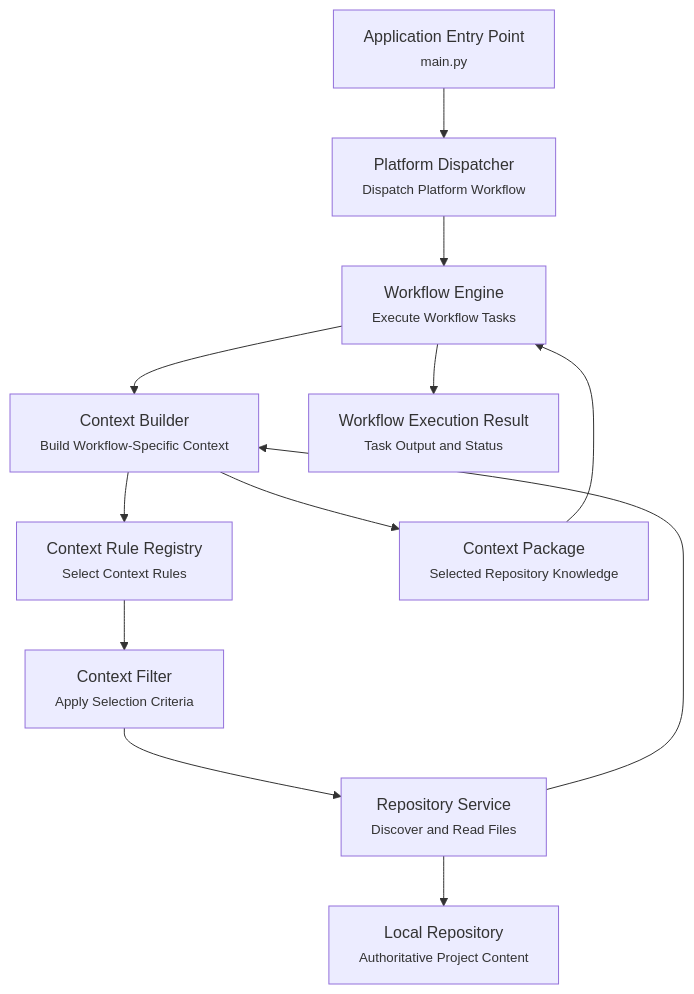
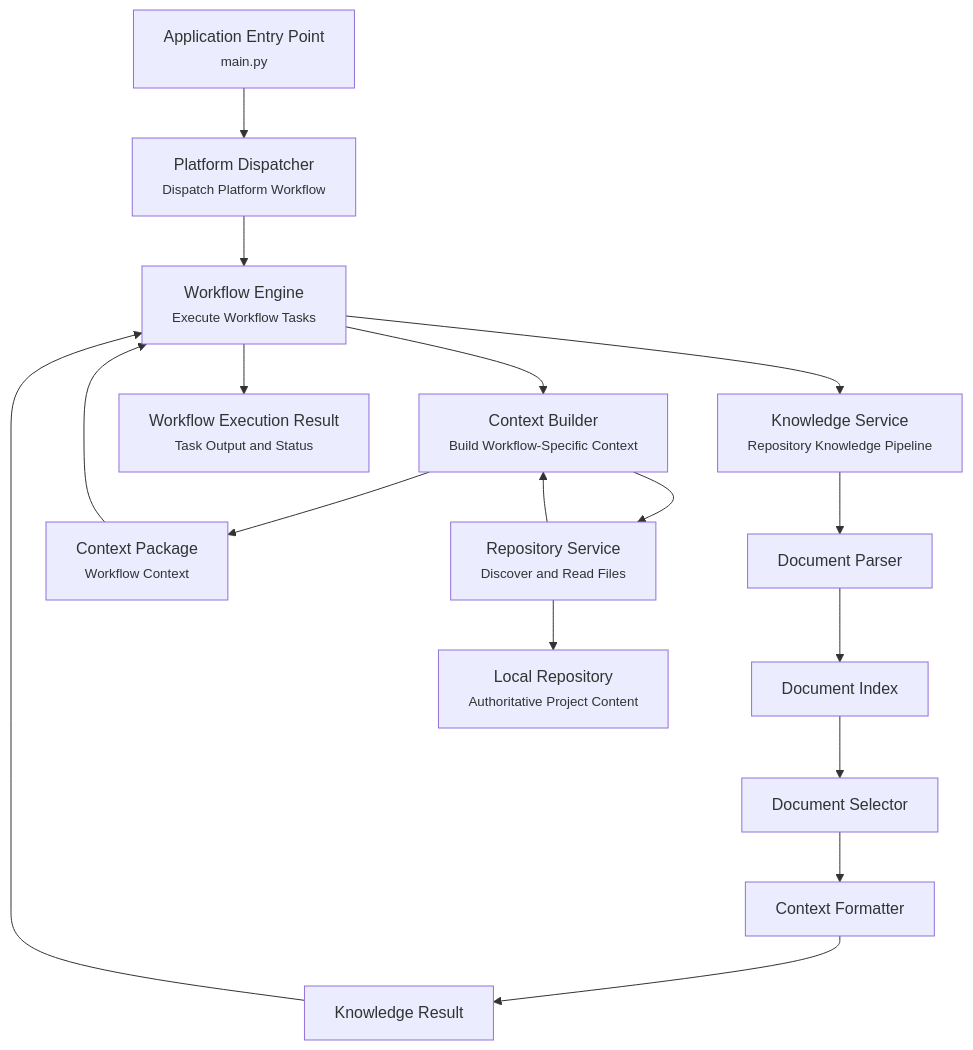
One commit to pgailinas/project0 changed the diagram in docs/Documentation_Agent_Architecture.md. Above: the diagram before and after it, drawn with Mermaid. The commit also changed other lines of this file and 18 other files, not shown here.

````diff
--- a/docs/Documentation_Agent_Architecture.md
+++ b/docs/Documentation_Agent_Architecture.md
@@ -43,25 +42,41 @@
 ```mermaid
 flowchart TD
     A["Application Entry Point<br/><small>main.py</small>"]
     B["Platform Dispatcher<br/><small>Dispatch Platform Workflow</small>"]
     C["Workflow Engine<br/><small>Execute Workflow Tasks</small>"]
+
     D["Context Builder<br/><small>Build Workflow-Specific Context</small>"]
-    E["Context Rule Registry<br/><small>Select Context Rules</small>"]
-    F["Context Filter<br/><small>Apply Selection Criteria</small>"]
-    G["Repository Service<br/><small>Discover and Read Files</small>"]
-    H["Local Repository<br/><small>Authoritative Project Content</small>"]
-    I["Context Package<br/><small>Selected Repository Knowledge</small>"]
-    J["Workflow Execution Result<br/><small>Task Output and Status</small>"]
+    E["Repository Service<br/><small>Discover and Read Files</small>"]
+    F["Context Package<br/><small>Workflow Context</small>"]
+
+    G["Knowledge Service<br/><small>Repository Knowledge Pipeline</small>"]
+    H["Document Parser"]
+    I["Document Index"]
+    J["Document Selector"]
+    K["Context Formatter"]
+    L["Knowledge Result"]
+
+    M["Workflow Execution Result<br/><small>Task Output and Status</small>"]
+
+    N["Local Repository<br/><small>Authoritative Project Content</small>"]
 
     A --> B
     B --> C
+
     C --> D
     D --> E
-    E --> F
-    F --> G
+    E --> N
+    E --> D
+    D --> F
+    F --> C
+
+    C --> G
     G --> H
-    G --> D
-    D --> I
-    I --> C
-    C --> J
+    H --> I
+    I --> J
+    J --> K
+    K --> L
+    L --> C
+
+    C --> M
 ```
````
